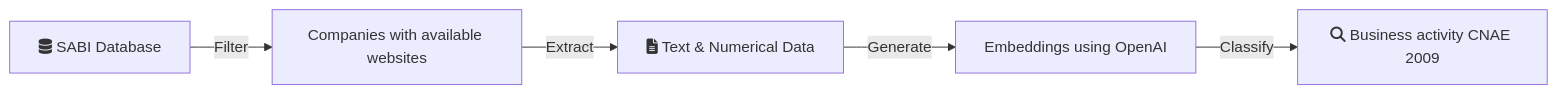
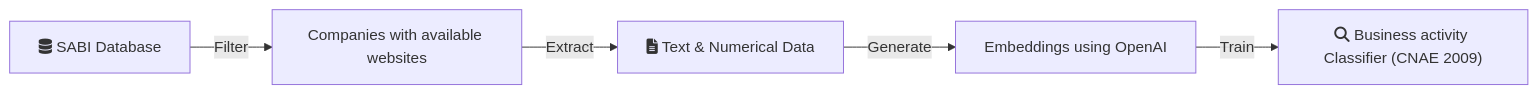
Before and after one commit to JoanFer030/web-cnae-classification: the diagram in README.md, drawn with Mermaid. The commit also changed other lines of this file, not shown here.

````diff
--- a/README.md
+++ b/README.md
@@ -6,7 +6,7 @@
 ```mermaid
 graph LR;
     A[fa:fa-database SABI Database] -->|Filter| B[Companies with available websites];
     B -->|Extract| C[fa:fa-file-lines Text & Numerical Data];
     C -->|Generate| D[Embeddings using OpenAI];
-    D -->|Classify| E[fa:fa-magnifying-glass Business activity CNAE 2009];
+    D -->|Train| E[fa:fa-magnifying-glass Business activity Classifier #40;CNAE 2009#41;];
 ```
````
